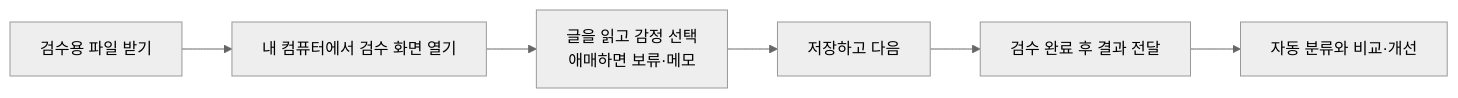
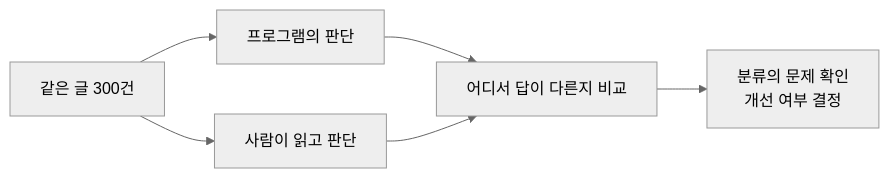
The fourth of 4 diagrams in 김정기/README.md (devCollegit/social_media_2026), drawn with Mermaid (neutral theme) before and after one commit. The commit also changed other lines of this file and 1 other file, not shown here.

````diff
--- a/김정기/README.md
+++ b/김정기/README.md
@@ -62,8 +110,8 @@
 ```mermaid
 flowchart LR
-    A["검수용 파일 받기"] --> B["내 컴퓨터에서 검수 화면 열기"]
-    B --> C["글을 읽고 감정 선택<br/>애매하면 보류·메모"]
-    C --> D["저장하고 다음"]
-    D --> E["검수 완료 후 결과 전달"]
-    E --> F["자동 분류와 비교·개선"]
+    A["같은 글 300건"] --> B["프로그램의 판단"]
+    A --> C["사람이 읽고 판단"]
+    B --> D["어디서 답이 다른지 비교"]
+    C --> D
+    D --> E["분류의 문제 확인<br/>개선 여부 결정"]
 ```
````
